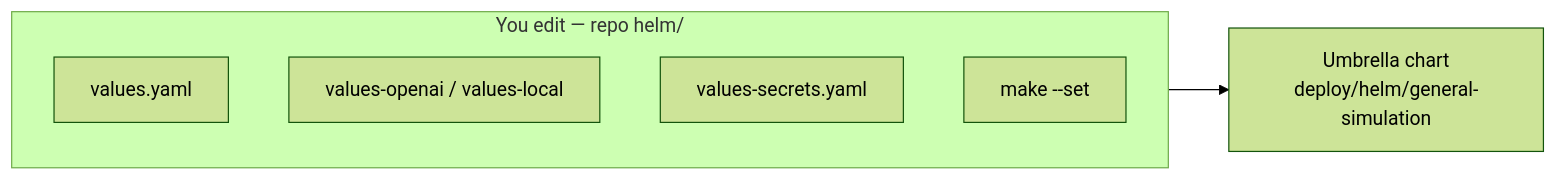
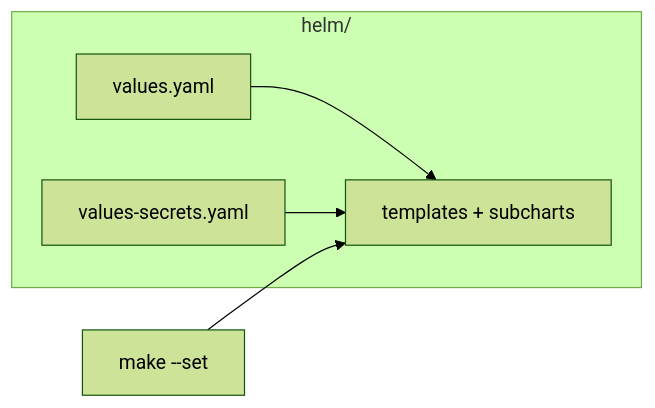
One commit to rh-ai-quickstart/general-simulation changed the first of 2 diagrams in VALUES_MAPPING.md. Above: the diagram before and after it, drawn with Mermaid (forest theme). The commit also changed other lines of this file and 83 other files, not shown here.

First line of the commit message:
chore: consolidate deploy/helm subcharts into helm/ umbrella chart.

````diff
--- a/VALUES_MAPPING.md
+++ b/VALUES_MAPPING.md
@@ -17,12 +15,12 @@
 ```mermaid
 flowchart LR
-  subgraph edit [You edit — repo helm/]
+  subgraph helm_dir [helm/]
     V[values.yaml]
-    O[values-openai / values-local]
     S[values-secrets.yaml]
-    M[make --set]
+    T[templates + subcharts]
   end
 
-  U[Umbrella chart<br/>deploy/helm/general-simulation]
-  edit --> U
+  V --> T
+  S --> T
+  M[make --set] --> T
 ```
````
